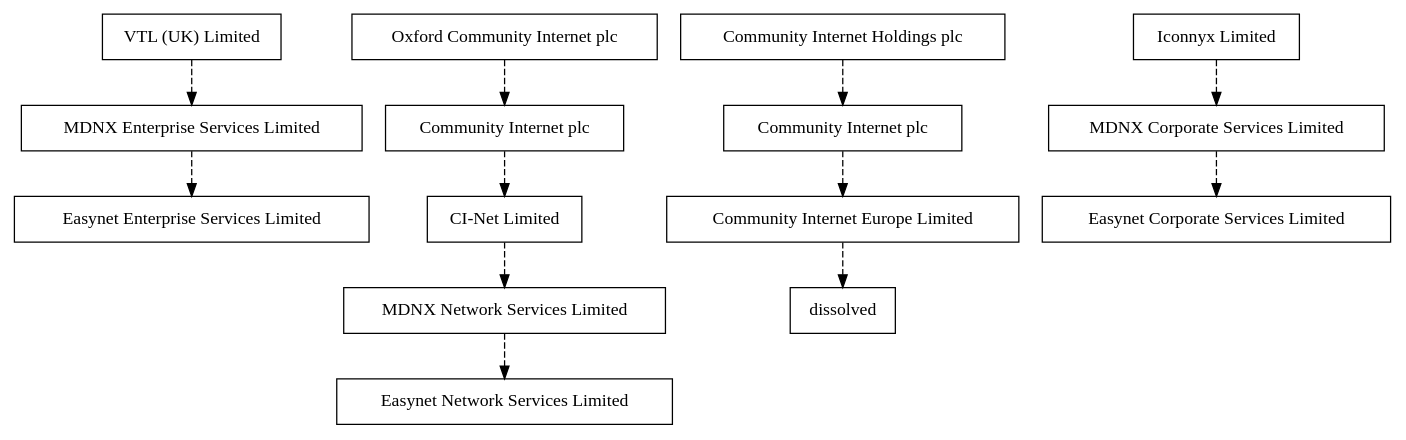
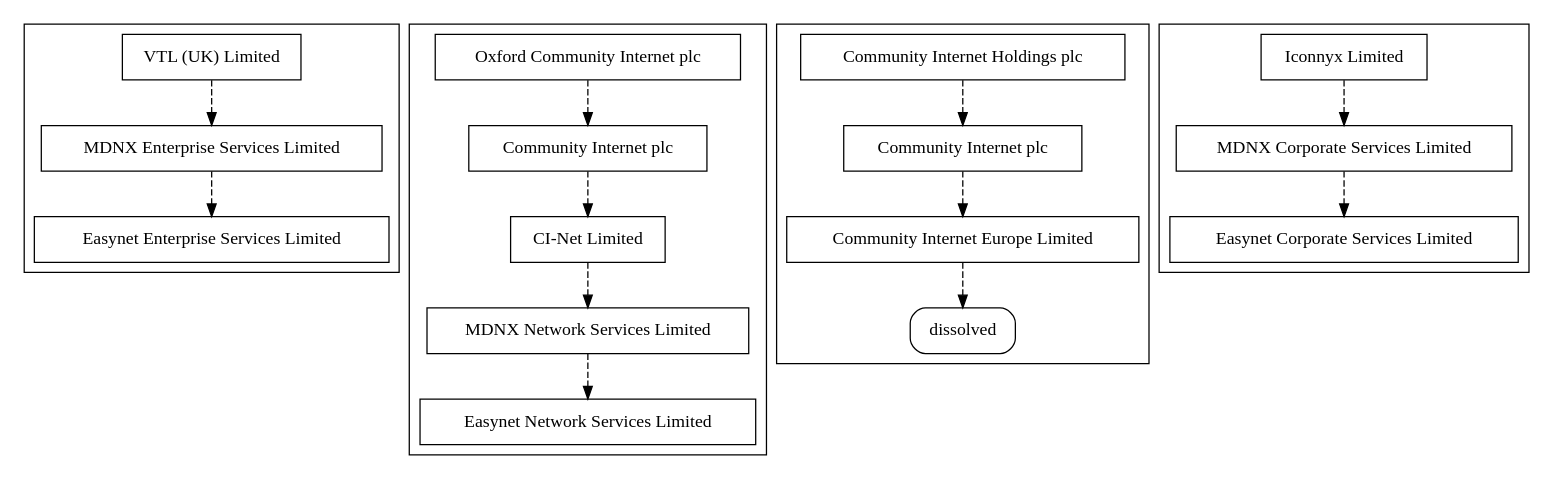
Before and after one commit to raybellis/uk-isp-history: the diagram in history.dot, drawn with Graphviz.

Commit message:
subgraphs

```diff
--- a/history.dot
+++ b/history.dot
@@ -1,43 +1,51 @@
 digraph {
 	node [shape=box];
 	edge [style=dashed];
 
 	// corporate renamings
-	"04287100-20010913" ->
-	"04287100-20101115" ->
-	"04287100-20140829";
+	subgraph "cluster-04287100" {
+		"04287100-20010913" ->
+		"04287100-20101115" ->
+		"04287100-20140829";
+	}
 
-	"03155758-19960201" ->
-	"03155758-19990412" ->
-	"03155758-20080328" ->
-	"03155758-20110214" ->
-	"03155758-20140829";
+	subgraph "cluster-03155758" {
+		"03155758-19960201" ->
+		"03155758-19990412" ->
+		"03155758-20080328" ->
+		"03155758-20110214" ->
+		"03155758-20140829";
+	}
 
-	"03155995-19960206" ->
-	"03155995-19970919" ->
-	"03155995-19990408" ->
-	"03155995-20100715";
+	subgraph "cluster-03155995" {
+		"03155995-19960206" ->
+		"03155995-19970919" ->
+		"03155995-19990408" ->
+		"03155995-20100715";
+	}
 
-	"06487557-20080129" ->
-	"06487557-20121105" ->
-	"06487557-20140829";
+	subgraph "cluster-06487557" {
+		"06487557-20080129" ->
+		"06487557-20121105" ->
+		"06487557-20140829";
+	}
 
 	"04287100-20010913" [label="VTL (UK) Limited"];
 	"04287100-20101115" [label="MDNX Enterprise Services Limited"];
 	"04287100-20140829" [label="Easynet Enterprise Services Limited"];
 
 	"03155758-19960201" [label="Oxford Community Internet plc"];
 	"03155758-19990412" [label="Community Internet plc"];
 	"03155758-20080328" [label="CI-Net Limited"];
 	"03155758-20110214" [label="MDNX Network Services Limited"];
 	"03155758-20140829" [label="Easynet Network Services Limited"];
 
 	"03155995-19960206" [label="Community Internet Holdings plc"];
 	"03155995-19970919" [label="Community Internet plc"];
 	"03155995-19990408" [label="Community Internet Europe Limited"];
-	"03155995-20100715" [label="dissolved"];
+	"03155995-20100715" [label="dissolved", style=rounded];
 
 	"06487557-20080129" [label="Iconnyx Limited"];
 	"06487557-20121105" [label="MDNX Corporate Services Limited"];
 	"06487557-20140829" [label="Easynet Corporate Services Limited"];
 }
```
